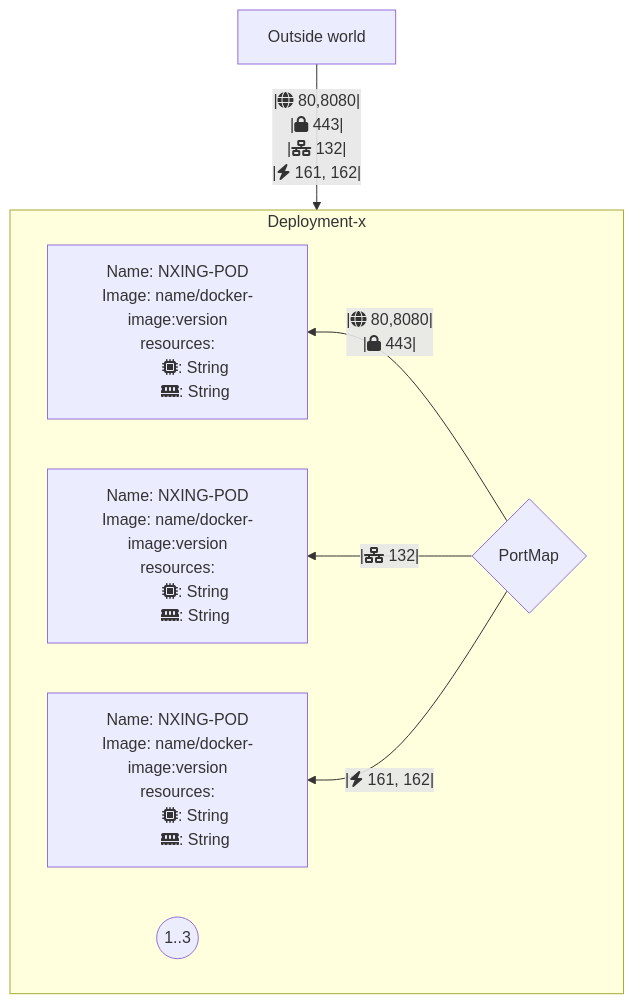
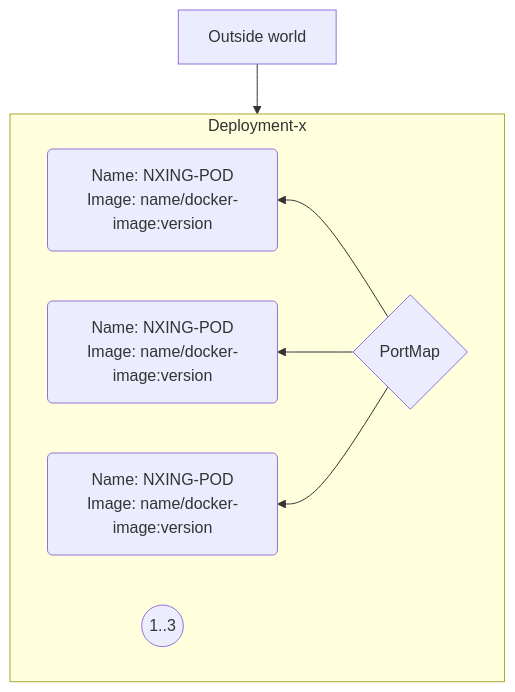
The diagram in README.md (TimRoos98/rendering), drawn with Mermaid before and after one commit.

````diff
--- a/README.md
+++ b/README.md
@@ -1,30 +1,17 @@
 ```mermaid
 flowchart TD
     B["Outside world"]
     
-    B--|fa:fa-globe 80,8080|
-        |fa:fa-lock 443|
-        |fa:fa-network-wired 132|
-        |fa:fa-bolt 161, 162|-->G
+    B-->G
     subgraph Deployment-x
         direction RL
         G{PortMap}
         scalar((1..3))
-        G--|fa:fa-globe 80,8080|
-        |fa:fa-lock 443|-->Container-1["`Name: NXING-POD
-                        Image: name/docker-image:version
-                        resources:
-                            &Tab;fa:fa-microchip: String
-                            &Tab;fa:fa-memory: String`"]
-        G--|fa:fa-network-wired 132|-->Container-2["`Name: NXING-POD
-                        Image: name/docker-image:version
-                        resources:
-                            &Tab;fa:fa-microchip: String
-                            &Tab;fa:fa-memory: String`"]
-        G--|fa:fa-bolt 161, 162|-->Container-3["`Name: NXING-POD
-                        Image: name/docker-image:version
-                        resources:
-                            &Tab;fa:fa-microchip: String
-                            &Tab;fa:fa-memory: String`"]
+        G-->Container-1("`Name: NXING-POD
+                        Image: name/docker-image:version`")
+        G-->Container-2("`Name: NXING-POD
+                        Image: name/docker-image:version`")
+        G-->Container-3("`Name: NXING-POD
+                        Image: name/docker-image:version`")
     end
 ```
````
